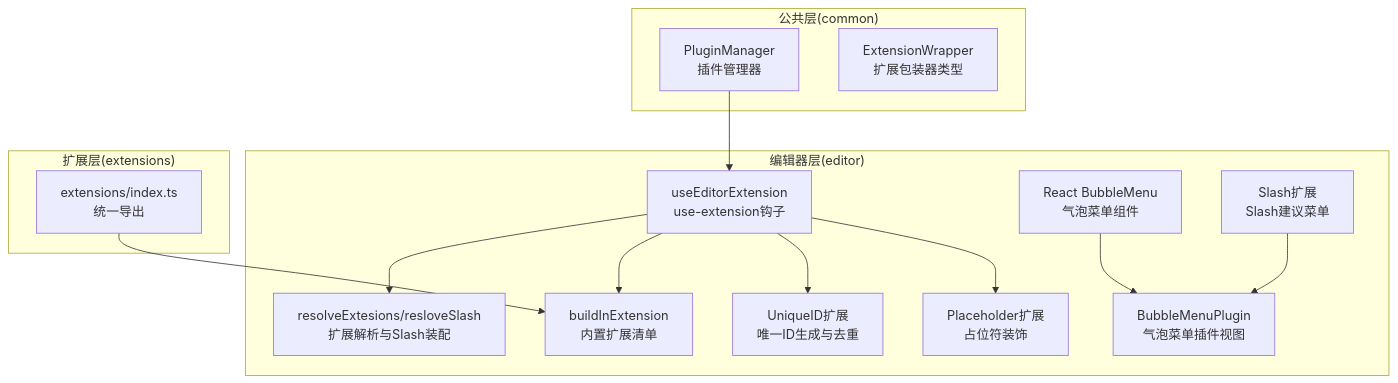
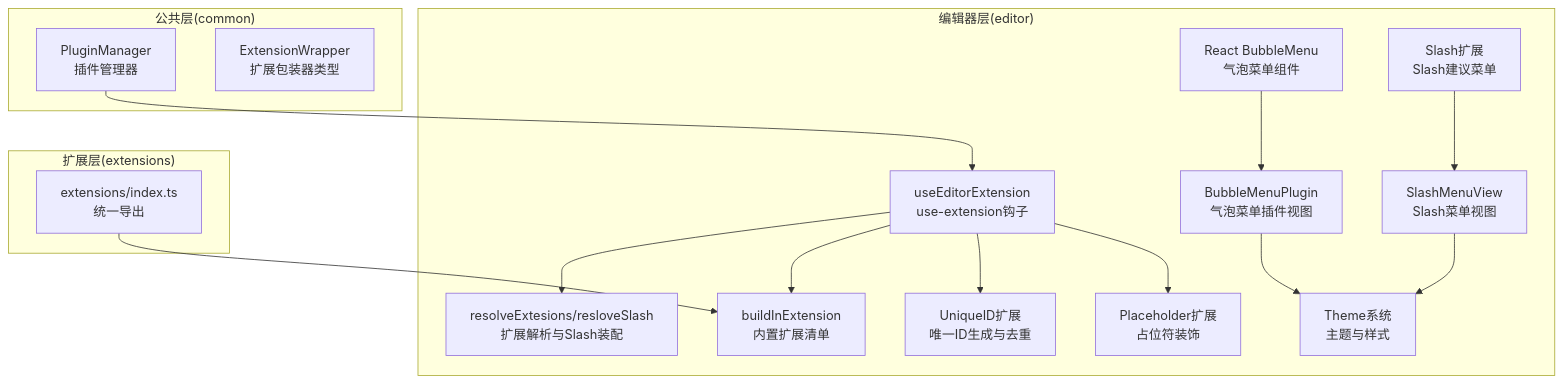
One commit to LRF0422/Kotion changed the first of 7 diagrams in .qoder/repowiki/zh/content/架构设计/编辑器内核架构/扩展系统架构.md. Above: the diagram before and after it, drawn with Mermaid. The commit also changed other lines of this file and 75 other files, not shown here.

````diff
--- a/.qoder/repowiki/zh/content/架构设计/编辑器内核架构/扩展系统架构.md
+++ b/.qoder/repowiki/zh/content/架构设计/编辑器内核架构/扩展系统架构.md
@@ -46,28 +56,32 @@
 ```mermaid
 graph TB
 subgraph "公共层(common)"
 PM["PluginManager<br/>插件管理器"]
 EW["ExtensionWrapper<br/>扩展包装器类型"]
 end
 subgraph "编辑器层(editor)"
 UE["useEditorExtension<br/>use-extension钩子"]
 KIT["resolveExtesions/resloveSlash<br/>扩展解析与Slash装配"]
 BI["buildInExtension<br/>内置扩展清单"]
 BM["React BubbleMenu<br/>气泡菜单组件"]
 BMP["BubbleMenuPlugin<br/>气泡菜单插件视图"]
 SL["Slash扩展<br/>Slash建议菜单"]
+SLMV["SlashMenuView<br/>Slash菜单视图"]
 UID["UniqueID扩展<br/>唯一ID生成与去重"]
 PH["Placeholder扩展<br/>占位符装饰"]
+THEME["Theme系统<br/>主题与样式"]
 end
 subgraph "扩展层(extensions)"
 EXIDX["extensions/index.ts<br/>统一导出"]
 end
 PM --> UE
 UE --> KIT
 UE --> BI
 UE --> UID
 UE --> PH
 BM --> BMP
-SL --> BMP
+SL --> SLMV
+SLMV --> THEME
+BMP --> THEME
 EXIDX --> BI
 ```
````
